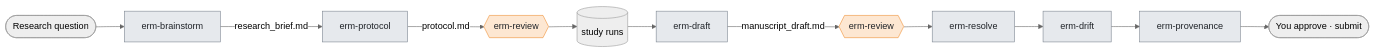
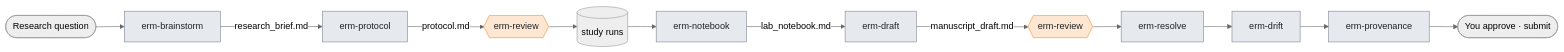
The first of 2 diagrams in README.md (siriani/elephant-referee-model), drawn with Mermaid (neutral theme) before and after one commit. The commit also changed other lines of this file and 26 other files, not shown here.

Commit message:
v0.2.0: citation and figure goldfish, --runs ensembles, venue packs, novelty search, lab notebook, strict readiness, validation plan

````diff
--- a/README.md
+++ b/README.md
@@ -93,18 +93,19 @@
 ```mermaid
 flowchart LR
     Q([Research question]) --> B[erm-brainstorm]
     B -->|research_brief.md| P[erm-protocol]
     P -->|protocol.md| R1{{erm-review}}
     R1 --> S[(study runs)]
-    S --> D[erm-draft]
+    S --> N[erm-notebook]
+    N -->|lab_notebook.md| D[erm-draft]
     D -->|manuscript_draft.md| R2{{erm-review}}
     R2 --> X[erm-resolve]
     X --> DR[erm-drift]
     DR --> PV[erm-provenance]
     PV --> OK([You approve · submit])
 
     classDef goldfish fill:#fde7d2,stroke:#f08c2e,color:#1f2328
     classDef elephant fill:#e6e9ed,stroke:#7b848f,color:#1f2328
     class R1,R2 goldfish
-    class B,P,D,X,DR,PV elephant
+    class B,P,N,D,X,DR,PV elephant
 ```
````
